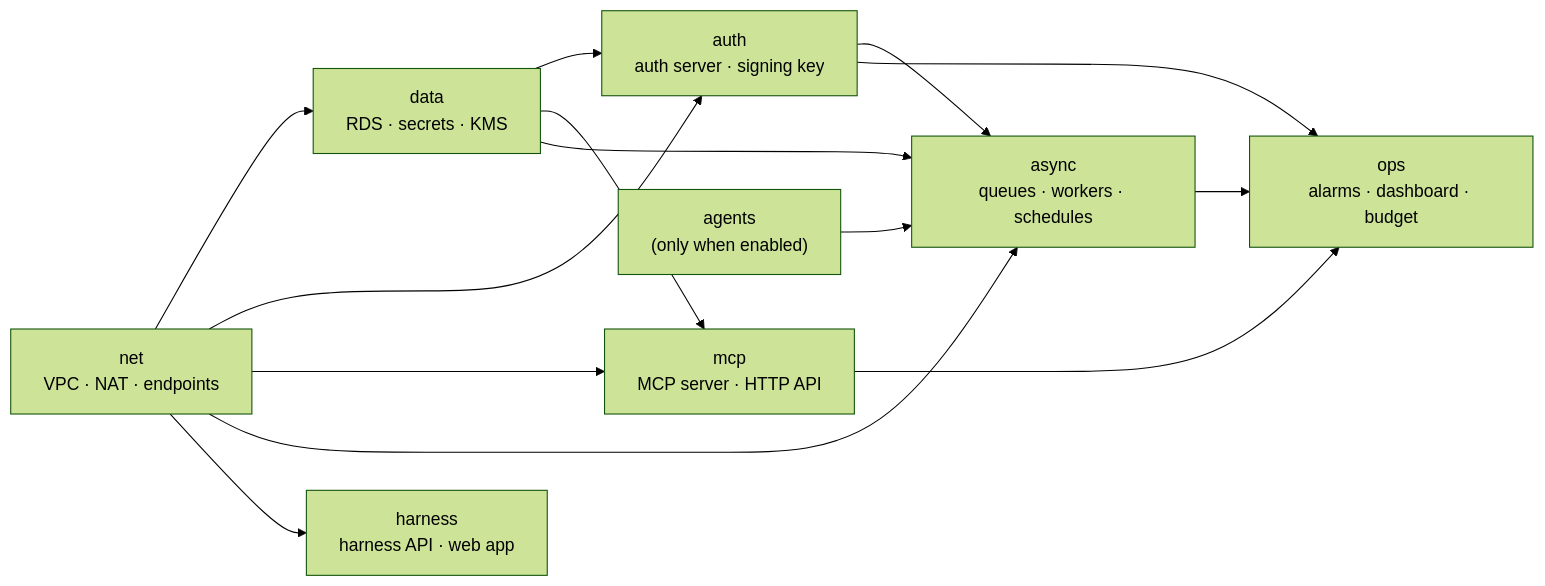
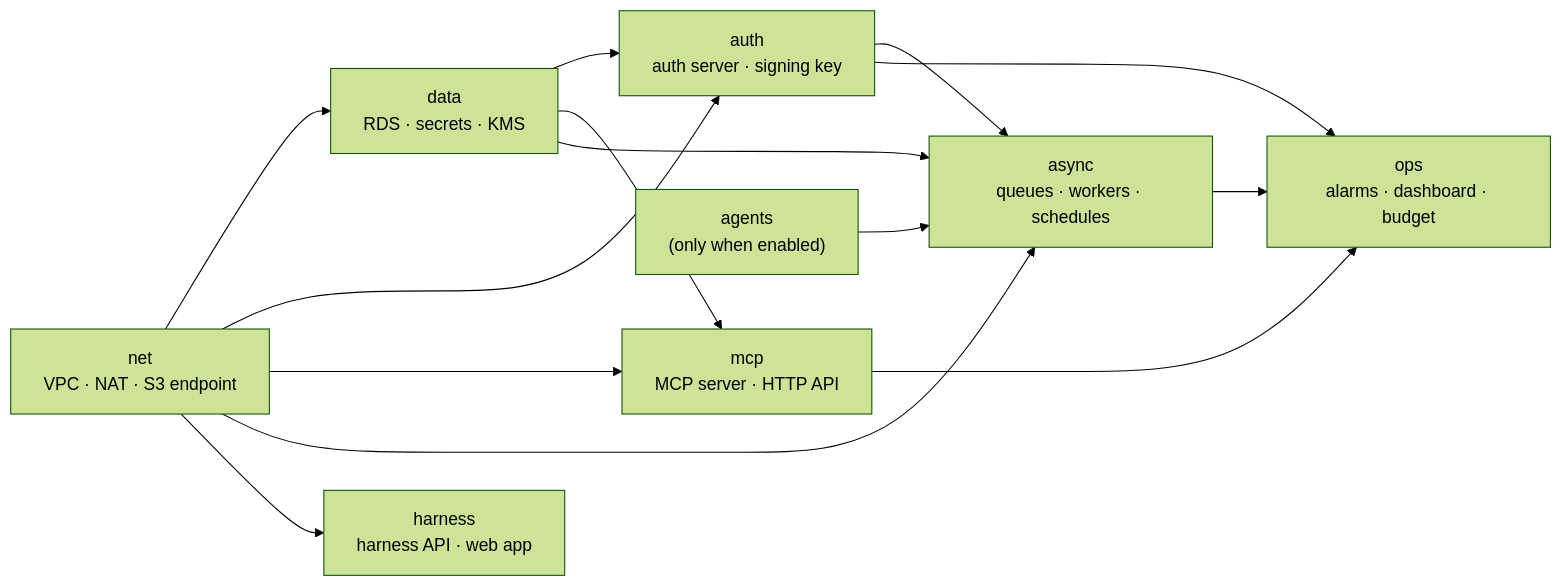
One commit to BugHunterX2101/watchfloor changed diagram 20 of 21 in README.md. Above: the diagram before and after it, drawn with Mermaid (forest theme). The commit also changed other lines of this file and 1 other file, not shown here.

````diff
--- a/README.md
+++ b/README.md
@@ -741,16 +746,16 @@
 ```mermaid
 flowchart LR
-  NET["net<br/>VPC · NAT · endpoints"] --> DATA["data<br/>RDS · secrets · KMS"]
+  NET["net<br/>VPC · NAT · S3 endpoint"] --> DATA["data<br/>RDS · secrets · KMS"]
   NET --> AUTH["auth<br/>auth server · signing key"]
   DATA --> AUTH
   NET --> MCP["mcp<br/>MCP server · HTTP API"]
   DATA --> MCP
   AGENTS["agents<br/>(only when enabled)"] --> ASYNC
   NET --> ASYNC["async<br/>queues · workers · schedules"]
   DATA --> ASYNC
   AUTH --> ASYNC
   NET --> HARNESS["harness<br/>harness API · web app"]
   AUTH --> OPS["ops<br/>alarms · dashboard · budget"]
   MCP --> OPS
   ASYNC --> OPS
 ```
````
